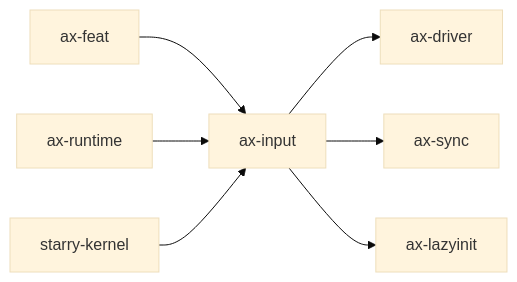
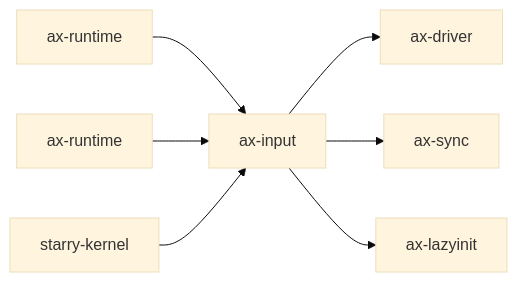
The diagram in docs/docs/components/crates/ax-input.md (rcore-os/tgoskits), drawn with Mermaid (base theme) before and after one commit. The commit also changed other lines of this file and 189 other files, not shown here.

````diff
--- a/docs/docs/components/crates/ax-input.md
+++ b/docs/docs/components/crates/ax-input.md
@@ -31,10 +31,10 @@
 ```mermaid
 graph LR
     current["ax-input"]
     current --> ax-driver["ax-driver"]
     current --> ax-sync["ax-sync"]
     current --> ax_lazyinit["ax-lazyinit"]
-    ax_feat["ax-feat"] --> current
+    arceos_feature["ax-runtime"] --> current
     ax_runtime["ax-runtime"] --> current
     starry_kernel["starry-kernel"] --> current
 ```
````
